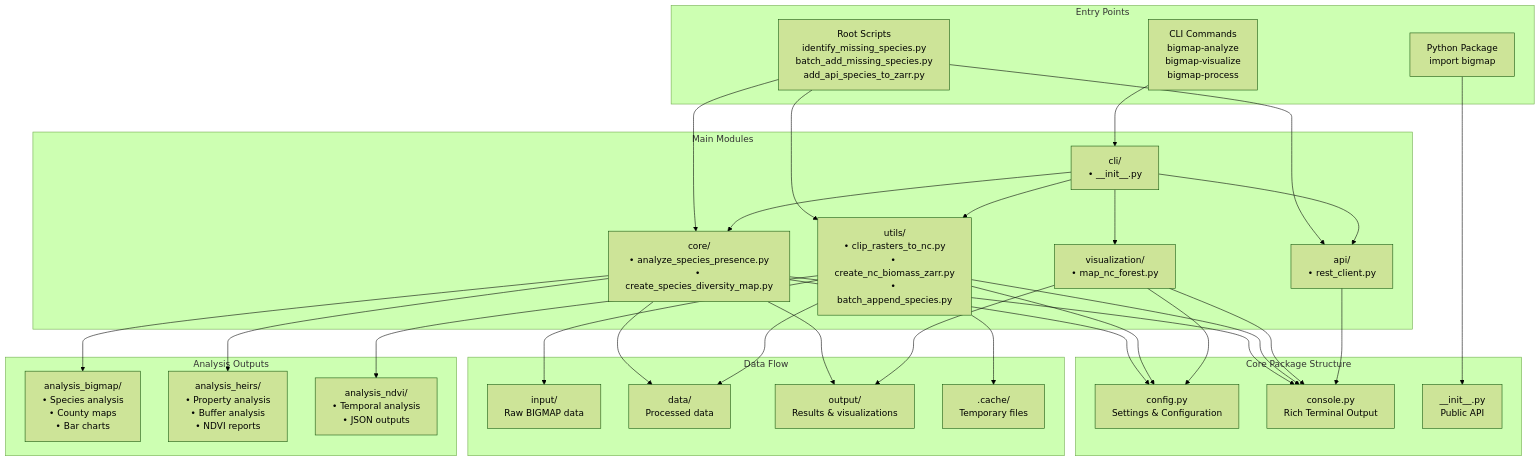
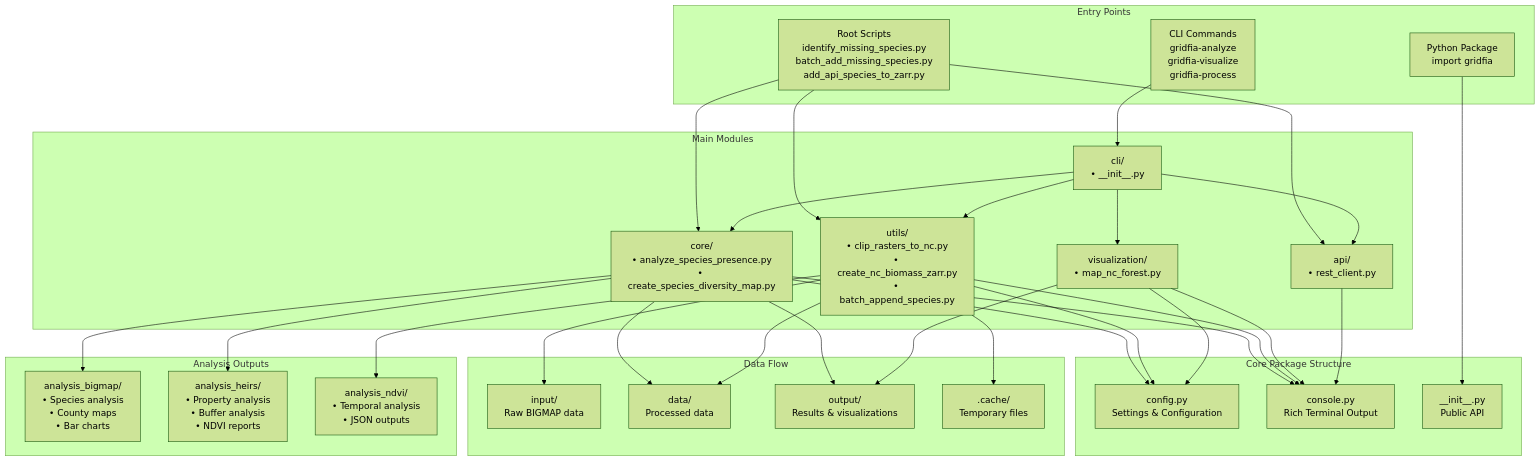
Before and after one commit to mihiarc/gridfia: the first of 5 diagrams in docs/architecture/overview.md, drawn with Mermaid (forest theme). The commit also changed other lines of this file and 17 other files, not shown here.

````diff
--- a/docs/architecture/overview.md
+++ b/docs/architecture/overview.md
@@ -19,65 +19,65 @@
 ```mermaid
 graph TB
     subgraph "Entry Points"
-        CLI["CLI Commands<br/>bigmap-analyze<br/>bigmap-visualize<br/>bigmap-process"]
+        CLI["CLI Commands<br/>gridfia-analyze<br/>gridfia-visualize<br/>gridfia-process"]
         Scripts["Root Scripts<br/>identify_missing_species.py<br/>batch_add_missing_species.py<br/>add_api_species_to_zarr.py"]
-        Package["Python Package<br/>import bigmap"]
+        Package["Python Package<br/>import gridfia"]
     end
     
     subgraph "Core Package Structure"
         Config["config.py<br/>Settings & Configuration"]
         Console["console.py<br/>Rich Terminal Output"]
         Init["__init__.py<br/>Public API"]
     end
     
     subgraph "Main Modules"
         Core["core/<br/>• analyze_species_presence.py<br/>• create_species_diversity_map.py"]
         Utils["utils/<br/>• clip_rasters_to_nc.py<br/>• create_nc_biomass_zarr.py<br/>• batch_append_species.py"]
         Viz["visualization/<br/>• map_nc_forest.py"]
         API["api/<br/>• rest_client.py"]
         CLIModule["cli/<br/>• __init__.py"]
     end
     
     subgraph "Data Flow"
         Input["input/<br/>Raw BIGMAP data"]
         Data["data/<br/>Processed data"]
         Output["output/<br/>Results & visualizations"]
         Cache[".cache/<br/>Temporary files"]
     end
     
     subgraph "Analysis Outputs"
         BigmapAnalysis["analysis_bigmap/<br/>• Species analysis<br/>• County maps<br/>• Bar charts"]
         HeirsAnalysis["analysis_heirs/<br/>• Property analysis<br/>• Buffer analysis<br/>• NDVI reports"]
         NDVIAnalysis["analysis_ndvi/<br/>• Temporal analysis<br/>• JSON outputs"]
     end
     
     CLI --> CLIModule
     Scripts --> Core
     Scripts --> Utils
     Scripts --> API
     Package --> Init
     
     CLIModule --> Core
     CLIModule --> Utils
     CLIModule --> Viz
     CLIModule --> API
     
     Core --> Config
     Core --> Console
     Utils --> Config
     Utils --> Console
     Viz --> Config
     Viz --> Console
     API --> Console
     
     Utils --> Input
     Core --> Data
     Utils --> Data
     Core --> Output
     Viz --> Output
     Utils --> Cache
     
     Core --> BigmapAnalysis
     Core --> HeirsAnalysis
     Utils --> NDVIAnalysis
 ```
````
